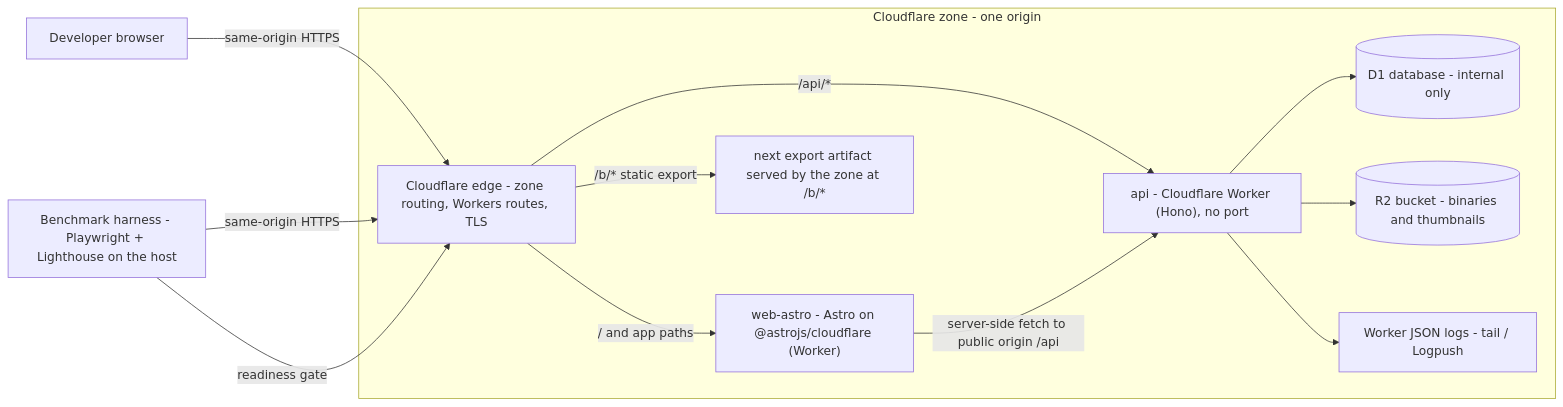
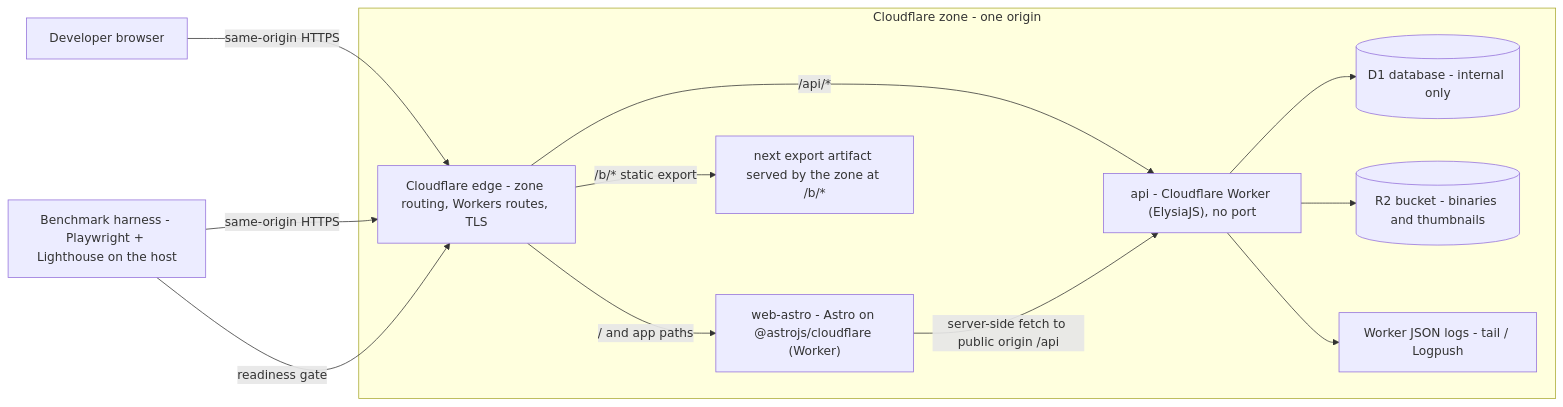
One commit to mhiqrambg/rweb-task-management changed the eighth of 8 diagrams in .planning/03-system-architecture.md. Above: the diagram before and after it, drawn with Mermaid. The commit also changed other lines of this file and 12 other files, not shown here.

First line of the commit message:
docs: correct backend stack to ElysiaJS on Node + Worker with D1 + R2

````diff
--- a/.planning/03-system-architecture.md
+++ b/.planning/03-system-architecture.md
@@ -482,24 +482,24 @@
 ```mermaid
 flowchart LR
   Harness["Benchmark harness - Playwright + Lighthouse on the host"]
   Dev["Developer browser"]
   subgraph Edge["Cloudflare zone - one origin"]
     CFRoute["Cloudflare edge - zone routing, Workers routes, TLS"]
     AstroC["web-astro - Astro on @astrojs/cloudflare (Worker)"]
-    ApiC["api - Cloudflare Worker (Hono), no port"]
+    ApiC["api - Cloudflare Worker (ElysiaJS), no port"]
     DbC[("D1 database - internal only")]
     StaticB["next export artifact served by the zone at /b/*"]
     Vol[("R2 bucket - binaries and thumbnails")]
     Logs["Worker JSON logs - tail / Logpush"]
   end
   Dev -->|"same-origin HTTPS"| CFRoute
   Harness -->|"same-origin HTTPS"| CFRoute
   Harness -->|"readiness gate"| CFRoute
   CFRoute -->|"/ and app paths"| AstroC
   CFRoute -->|"/b/* static export"| StaticB
   CFRoute -->|"/api/*"| ApiC
   ApiC --> DbC
   ApiC --> Vol
   AstroC -->|"server-side fetch to public origin /api"| ApiC
   ApiC --> Logs
 ```
````
